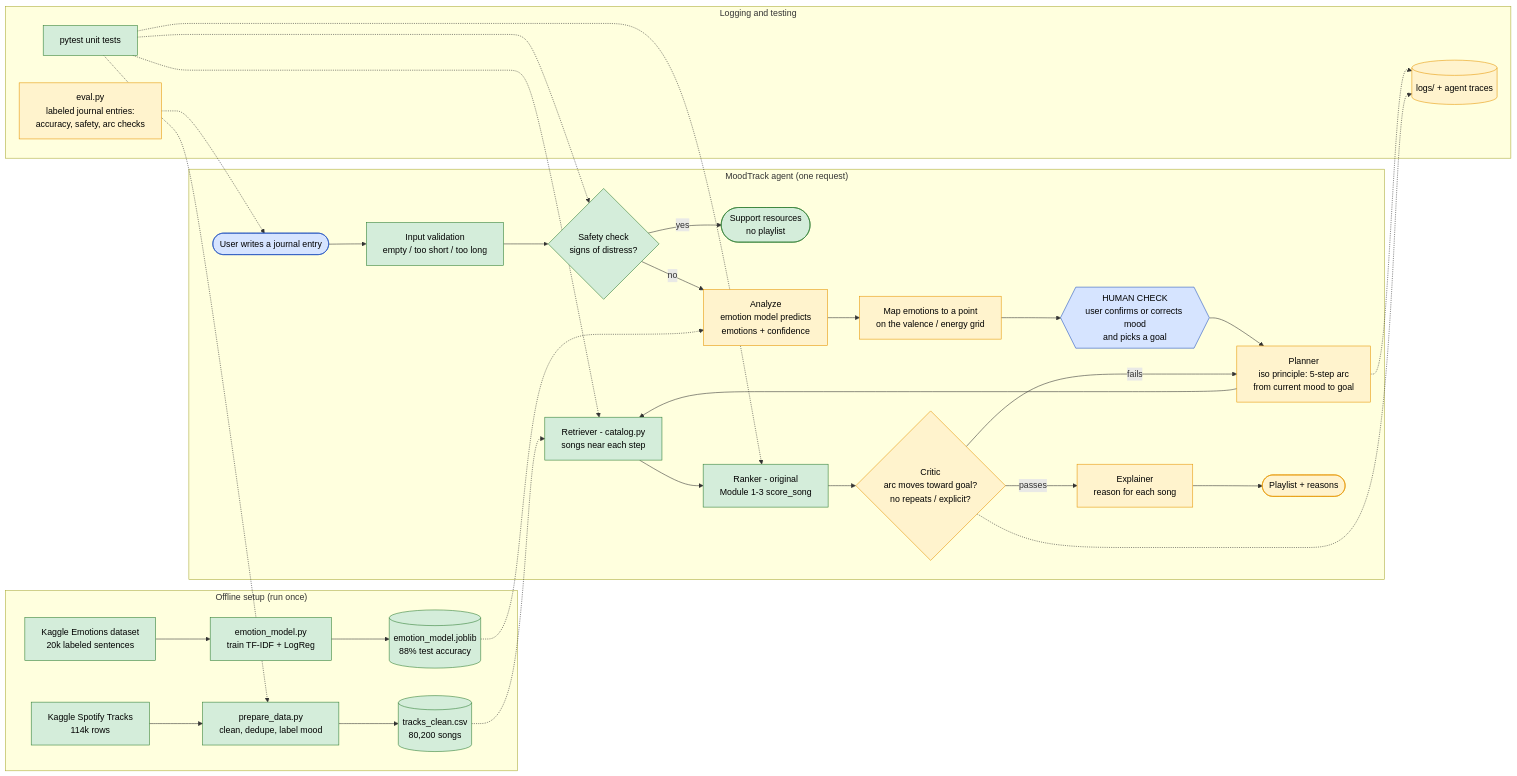
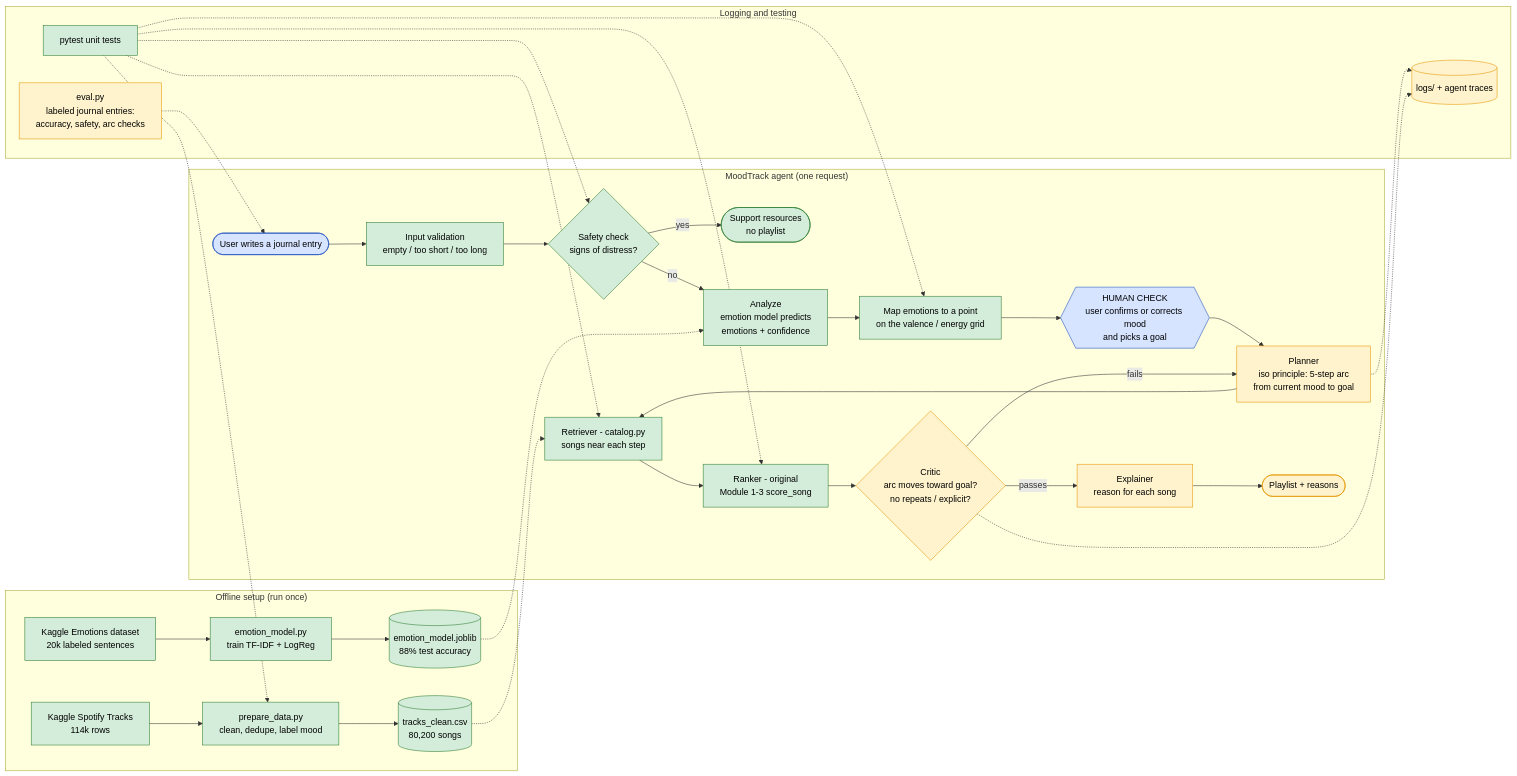
The diagram in diagrams/architecture.mmd (shrutimalsina/applied-ai-system-project-moodtrack), drawn with Mermaid before and after one commit. The commit also changed 2 other files, not shown here.

```diff
--- a/diagrams/architecture.mmd
+++ b/diagrams/architecture.mmd
@@ -1,54 +1,55 @@
 %% MoodTrack system architecture (DRAFT - will be updated to match the final code)
 %% Green = built, Orange = planned
 %% Preview: paste into https://mermaid.live
 
 flowchart LR
     %% ---------- Offline: data + model preparation ----------
     subgraph PREP["Offline setup (run once)"]
         RAW["Kaggle Spotify Tracks<br/>114k rows"] --> CLEAN["prepare_data.py<br/>clean, dedupe, label mood"]
         CLEAN --> CAT[("tracks_clean.csv<br/>80,200 songs")]
         EMO_DATA["Kaggle Emotions dataset<br/>20k labeled sentences"] --> TRAIN["emotion_model.py<br/>train TF-IDF + LogReg"]
         TRAIN --> MODEL[("emotion_model.joblib<br/>88% test accuracy")]
     end
 
     %% ---------- Runtime: one user request ----------
     subgraph RUN["MoodTrack agent (one request)"]
         USER(["User writes a journal entry"]) --> VALID["Input validation<br/>empty / too short / too long"]
         VALID --> SAFETY{"Safety check<br/>signs of distress?"}
         SAFETY -- yes --> HELP(["Support resources<br/>no playlist"])
         SAFETY -- no --> ANALYZE["Analyze<br/>emotion model predicts<br/>emotions + confidence"]
         MODEL -.-> ANALYZE
         ANALYZE --> MAP["Map emotions to a point<br/>on the valence / energy grid"]
         MAP --> CLARIFY{{"HUMAN CHECK<br/>user confirms or corrects mood<br/>and picks a goal"}}
         CLARIFY --> PLAN["Planner<br/>iso principle: 5-step arc<br/>from current mood to goal"]
         PLAN --> RETRIEVE["Retriever - catalog.py<br/>songs near each step"]
         CAT -.-> RETRIEVE
         RETRIEVE --> RANK["Ranker - original<br/>Module 1-3 score_song"]
         RANK --> CRITIC{"Critic<br/>arc moves toward goal?<br/>no repeats / explicit?"}
         CRITIC -- fails --> PLAN
         CRITIC -- passes --> EXPLAIN["Explainer<br/>reason for each song"]
         EXPLAIN --> OUT(["Playlist + reasons"])
     end
 
     %% ---------- Logging and testing ----------
     subgraph CHECK["Logging and testing"]
         LOGS[("logs/ + agent traces")]
         TESTS["pytest unit tests"]
         EVAL["eval.py<br/>labeled journal entries:<br/>accuracy, safety, arc checks"]
     end
 
     PLAN -.-> LOGS
     CRITIC -.-> LOGS
     TESTS -.-> CLEAN
     TESTS -.-> RETRIEVE
     TESTS -.-> RANK
     TESTS -.-> SAFETY
+    TESTS -.-> MAP
     EVAL -.-> USER
 
     classDef built fill:#d4edda,stroke:#2e7d32,color:#000
     classDef planned fill:#fff3cd,stroke:#e69500,color:#000
     classDef human fill:#d6e4ff,stroke:#1f4fbf,color:#000
 
-    class RAW,CLEAN,CAT,EMO_DATA,TRAIN,MODEL,RETRIEVE,RANK,TESTS,VALID,SAFETY,HELP built
-    class ANALYZE,MAP,PLAN,CRITIC,EXPLAIN,OUT,LOGS,EVAL planned
+    class RAW,CLEAN,CAT,EMO_DATA,TRAIN,MODEL,RETRIEVE,RANK,TESTS,VALID,SAFETY,HELP,ANALYZE,MAP built
+    class PLAN,CRITIC,EXPLAIN,OUT,LOGS,EVAL planned
     class USER,CLARIFY human
```
